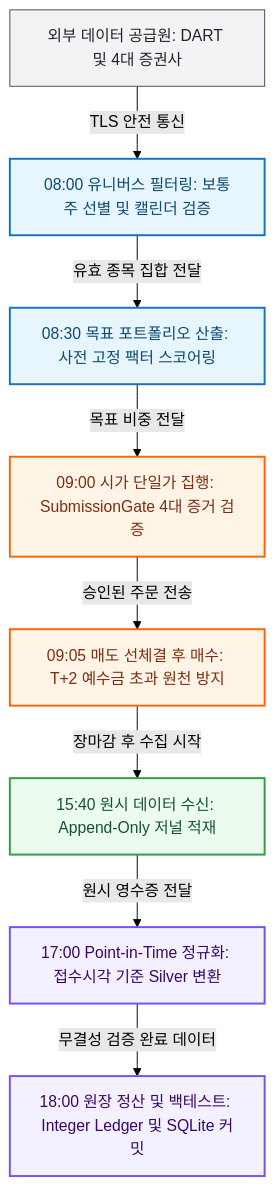
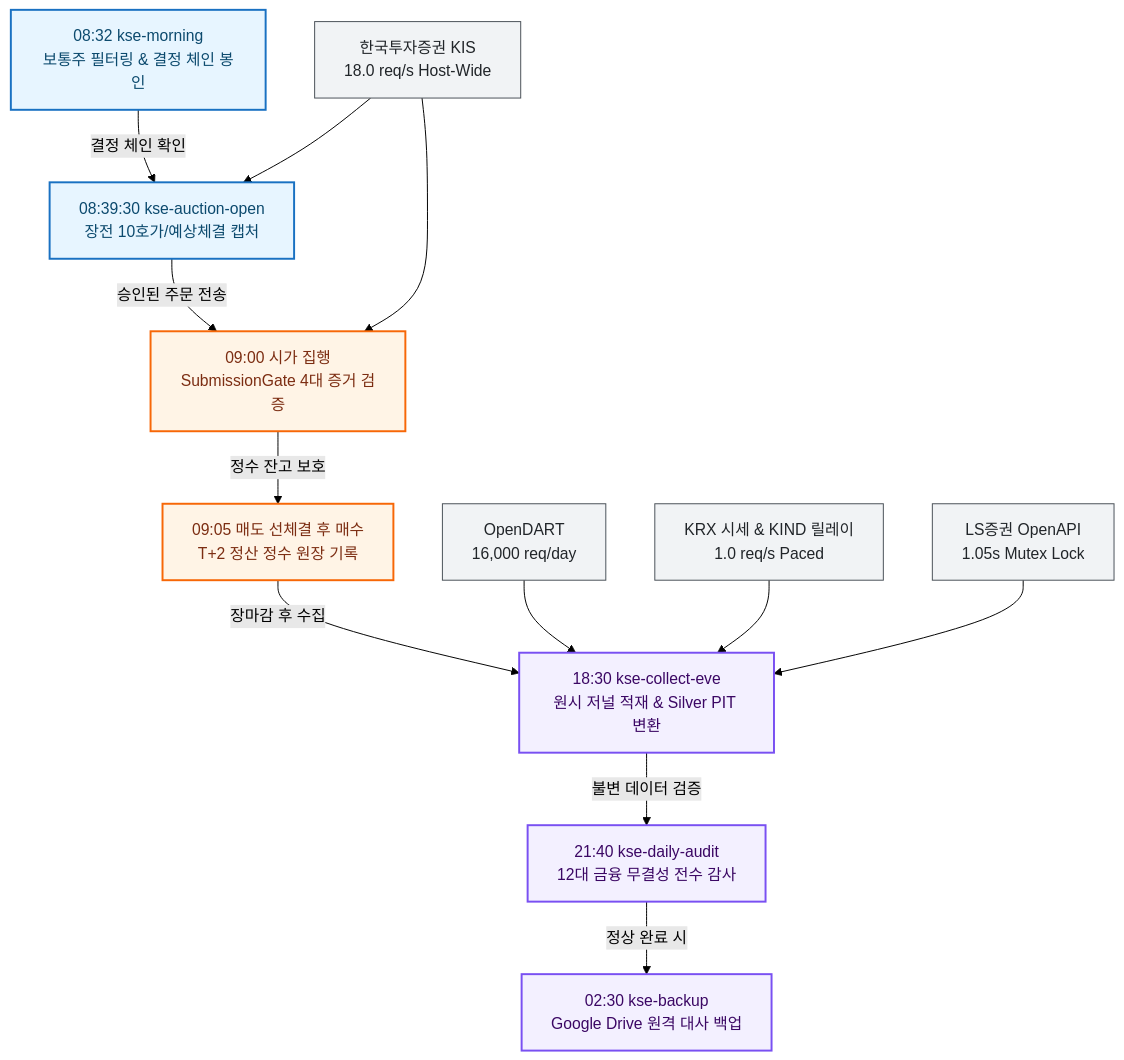
The first of 2 diagrams in README.md (KTHYEONG/k-stock-engine), drawn with Mermaid (forest theme) before and after one commit. The commit also changed other lines of this file and 8 other files, not shown here.

````diff
--- a/README.md
+++ b/README.md
@@ -49,25 +53,33 @@
 ```mermaid
 flowchart TD
     classDef vendor fill:#f1f3f5,stroke:#495057,stroke-width:1px,color:#212529;
     classDef premarket fill:#e7f5ff,stroke:#1971c2,stroke-width:2px,color:#0c4a6e;
     classDef intraday fill:#ebfbee,stroke:#2f9e44,stroke-width:2px,color:#14532d;
     classDef eod fill:#f3f0ff,stroke:#7950f2,stroke-width:2px,color:#3b0764;
     classDef exec fill:#fff4e6,stroke:#f76707,stroke-width:2px,color:#7c2d12;
 
-    V1["외부 데이터 공급원: DART 및 4대 증권사"]:::vendor
-    P1["08:00 유니버스 필터링: 보통주 선별 및 캘린더 검증"]:::premarket
-    P2["08:30 목표 포트폴리오 산출: 사전 고정 팩터 스코어링"]:::premarket
-    E1["09:00 시가 단일가 집행: SubmissionGate 4대 증거 검증"]:::exec
-    E2["09:05 매도 선체결 후 매수: T+2 예수금 초과 원천 방지"]:::exec
-    I1["15:40 원시 데이터 수신: Append-Only 저널 적재"]:::intraday
-    M1["17:00 Point-in-Time 정규화: 접수시각 기준 Silver 변환"]:::eod
-    M2["18:00 원장 정산 및 백테스트: Integer Ledger 및 SQLite 커밋"]:::eod
+    V_DART["OpenDART<br/>16,000 req/day"]:::vendor
+    V_KRX["KRX 시세 & KIND 릴레이<br/>1.0 req/s Paced"]:::vendor
+    V_LS["LS증권 OpenAPI<br/>1.05s Mutex Lock"]:::vendor
+    V_KIS["한국투자증권 KIS<br/>18.0 req/s Host-Wide"]:::vendor
 
-    V1 -->|TLS 안전 통신| P1
-    P1 -->|유효 종목 집합 전달| P2
-    P2 -->|목표 비중 전달| E1
-    E1 -->|승인된 주문 전송| E2
-    E2 -->|장마감 후 수집 시작| I1
-    I1 -->|원시 영수증 전달| M1
-    M1 -->|무결성 검증 완료 데이터| M2
+    T0["08:32 kse-morning<br/>보통주 필터링 & 결정 체인 봉인"]:::premarket
+    T1["08:39:30 kse-auction-open<br/>장전 10호가/예상체결 캡처"]:::premarket
+    T2["09:00 시가 집행<br/>SubmissionGate 4대 증거 검증"]:::exec
+    T3["09:05 매도 선체결 후 매수<br/>T+2 정산 정수 원장 기록"]:::exec
+    T4["18:30 kse-collect-eve<br/>원시 저널 적재 & Silver PIT 변환"]:::eod
+    T5["21:40 kse-daily-audit<br/>12대 금융 무결성 전수 감사"]:::eod
+    T6["02:30 kse-backup<br/>Google Drive 원격 대사 백업"]:::eod
+
+    T0 -->|결정 체인 확인| T1
+    T1 -->|승인된 주문 전송| T2
+    T2 -->|정수 잔고 보호| T3
+    T3 -->|장마감 후 수집| T4
+    V_DART --> T4
+    V_KRX --> T4
+    V_LS --> T4
+    V_KIS --> T1
+    V_KIS --> T2
+    T4 -->|불변 데이터 검증| T5
+    T5 -->|정상 완료 시| T6
 ```
````
